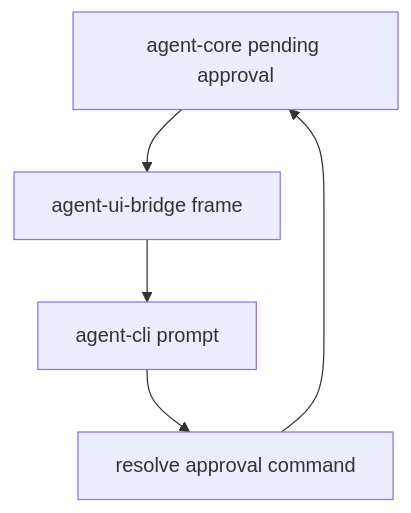
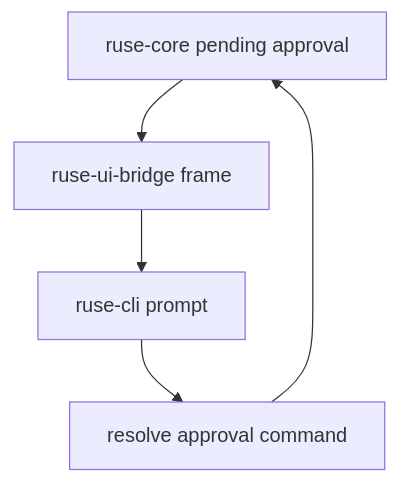
One commit to poneding/agent changed the diagram in docs/specs/M19-04-cli-approval-prompt.spec.md. Above: the diagram before and after it, drawn with Mermaid. The commit also changed other lines of this file and 2091 other files, not shown here.

First line of the commit message:
refactor: rename agent branding to ruse

````diff
--- a/docs/specs/M19-04-cli-approval-prompt.spec.md
+++ b/docs/specs/M19-04-cli-approval-prompt.spec.md
@@ -31,7 +31,7 @@
 ```mermaid
 flowchart TD
-  Core["agent-core pending approval"] --> Bridge["agent-ui-bridge frame"]
-  Bridge --> CLI["agent-cli prompt"]
+  Core["ruse-core pending approval"] --> Bridge["ruse-ui-bridge frame"]
+  Bridge --> CLI["ruse-cli prompt"]
   CLI --> Command["resolve approval command"]
   Command --> Core
 ```
````
